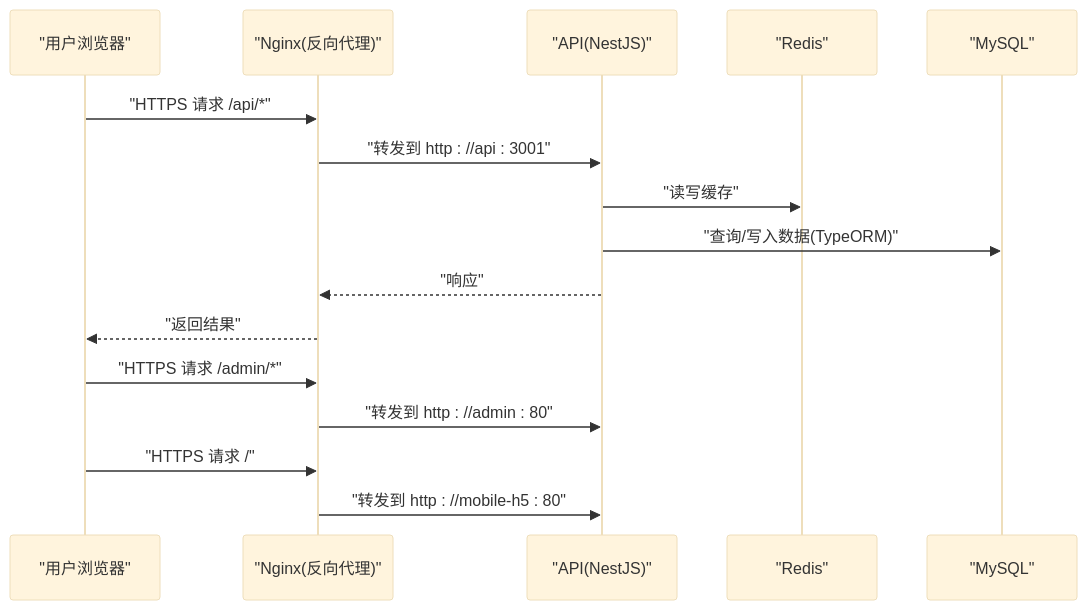
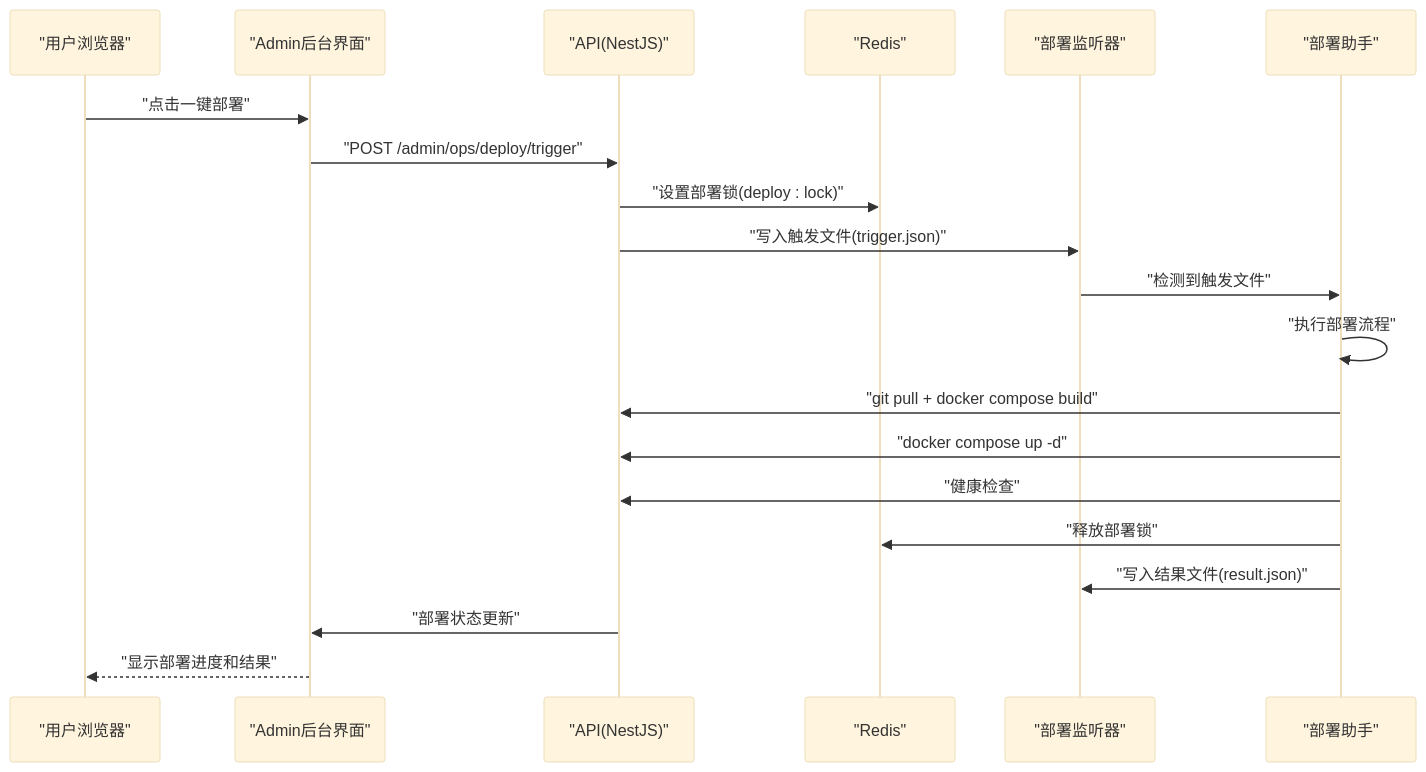
The second of 4 diagrams in .qoder/repowiki/zh/content/部署运维/部署运维.md (huoqingzhu446/fortune-hub), drawn with Mermaid (base theme) before and after one commit. The commit also changed other lines of this file and 6 other files, not shown here.

````diff
--- a/.qoder/repowiki/zh/content/部署运维/部署运维.md
+++ b/.qoder/repowiki/zh/content/部署运维/部署运维.md
@@ -107,18 +137,22 @@
 ```mermaid
 sequenceDiagram
 participant U as "用户浏览器"
-participant N as "Nginx(反向代理)"
-participant A as "API(NestJS)"
+participant A as "Admin后台界面"
+participant API as "API(NestJS)"
 participant R as "Redis"
-participant M as "MySQL"
-U->>N : "HTTPS 请求 /api/*"
-N->>A : "转发到 http : //api : 3001"
-A->>R : "读写缓存"
-A->>M : "查询/写入数据(TypeORM)"
-A-->>N : "响应"
-N-->>U : "返回结果"
-U->>N : "HTTPS 请求 /admin/*"
-N->>A : "转发到 http : //admin : 80"
-U->>N : "HTTPS 请求 /"
-N->>A : "转发到 http : //mobile-h5 : 80"
+participant W as "部署监听器"
+participant H as "部署助手"
+U->>A : "点击一键部署"
+A->>API : "POST /admin/ops/deploy/trigger"
+API->>R : "设置部署锁(deploy : lock)"
+API->>W : "写入触发文件(trigger.json)"
+W->>H : "检测到触发文件"
+H->>H : "执行部署流程"
+H->>API : "git pull + docker compose build"
+H->>API : "docker compose up -d"
+H->>API : "健康检查"
+H->>R : "释放部署锁"
+H->>W : "写入结果文件(result.json)"
+API->>A : "部署状态更新"
+A-->>U : "显示部署进度和结果"
 ```
````
